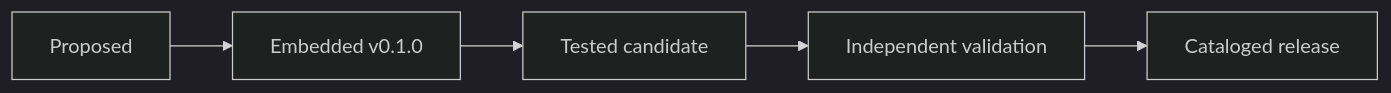
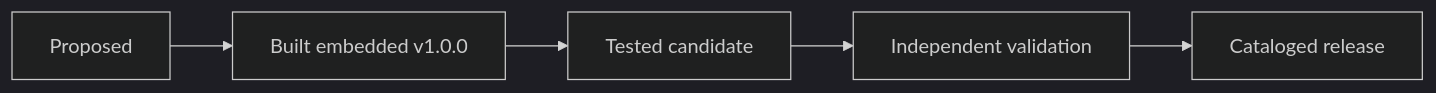
One commit to swl126/ai-skills changed the first of 2 diagrams in README.md. Above: the diagram before and after it, drawn with Mermaid (dark theme). The commit also changed other lines of this file and 220 other files, not shown here.

````diff
--- a/README.md
+++ b/README.md
@@ -113,7 +113,7 @@
 ```mermaid
 flowchart LR
-    P["Proposed"] --> E["Embedded v0.1.0"]
+    P["Proposed"] --> E["Built embedded v1.0.0"]
     E --> T["Tested candidate"]
     T --> V["Independent validation"]
     V --> G["Cataloged release"]
 ```
````
